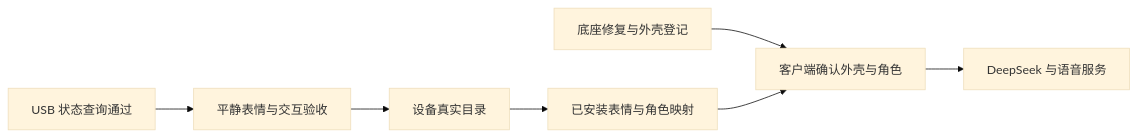
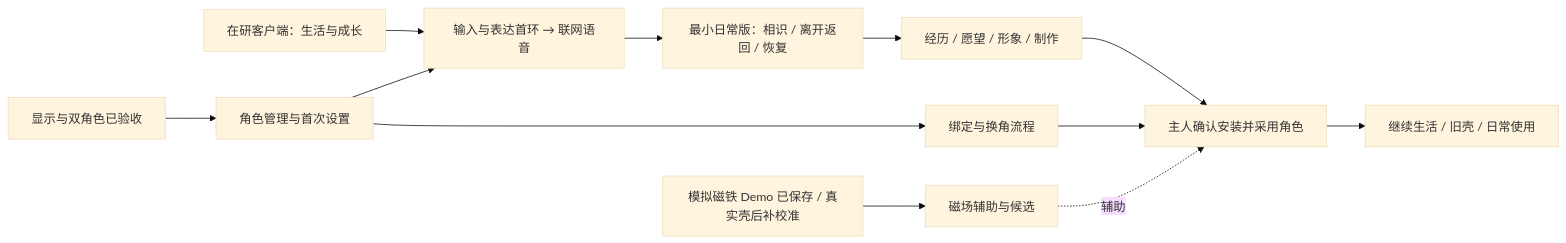
One commit to 404-NOT-FOUND-ERROR/DeskBot-Hardware changed the diagram in docs/project-mainline.md. Above: the diagram before and after it, drawn with Mermaid (base theme). The commit also changed other lines of this file and 1757 other files, not shown here.

````diff
--- a/docs/project-mainline.md
+++ b/docs/project-mainline.md
@@ -15,9 +78,14 @@
 ```mermaid
 flowchart LR
-    A[USB 状态查询通过] --> B[平静表情与交互验收]
-    B --> C[设备真实目录]
-    C --> D[已安装表情与角色映射]
-    E[底座修复与外壳登记] --> F[客户端确认外壳与角色]
-    D --> F
-    F --> G[DeepSeek 与语音服务]
+    A[显示与双角色已验收] --> B[角色管理与首次设置]
+    B --> C[绑定与换角流程]
+    S[模拟磁铁 Demo 已保存 / 真实壳后补校准] --> D[磁场辅助与候选]
+    L[在研客户端：生活与成长] --> P[输入与表达首环 → 联网语音]
+    B --> P
+    P --> Q[最小日常版：相识 / 离开返回 / 恢复]
+    Q --> E[经历 / 愿望 / 形象 / 制作]
+    E --> F[主人确认安装并采用角色]
+    C --> F
+    D -.辅助.-> F
+    F --> G[继续生活 / 旧壳 / 日常使用]
 ```
````
